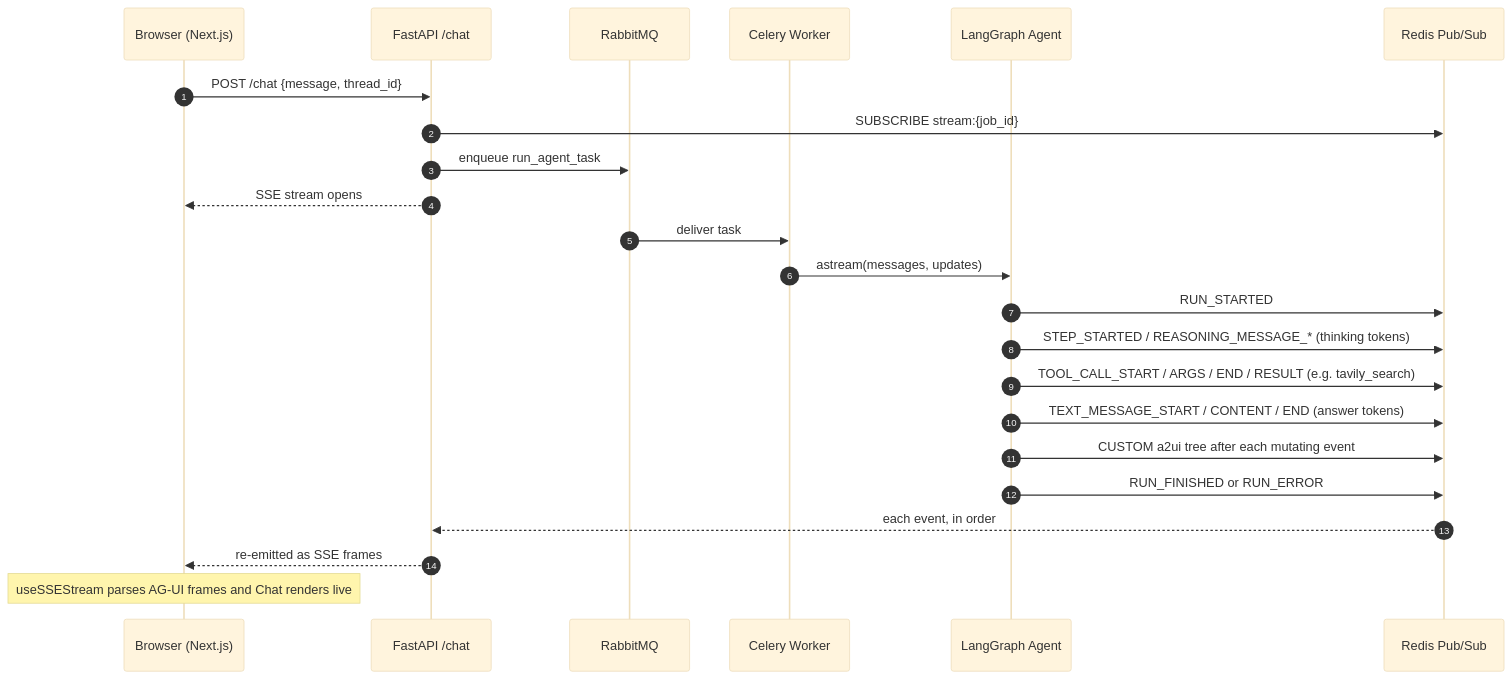
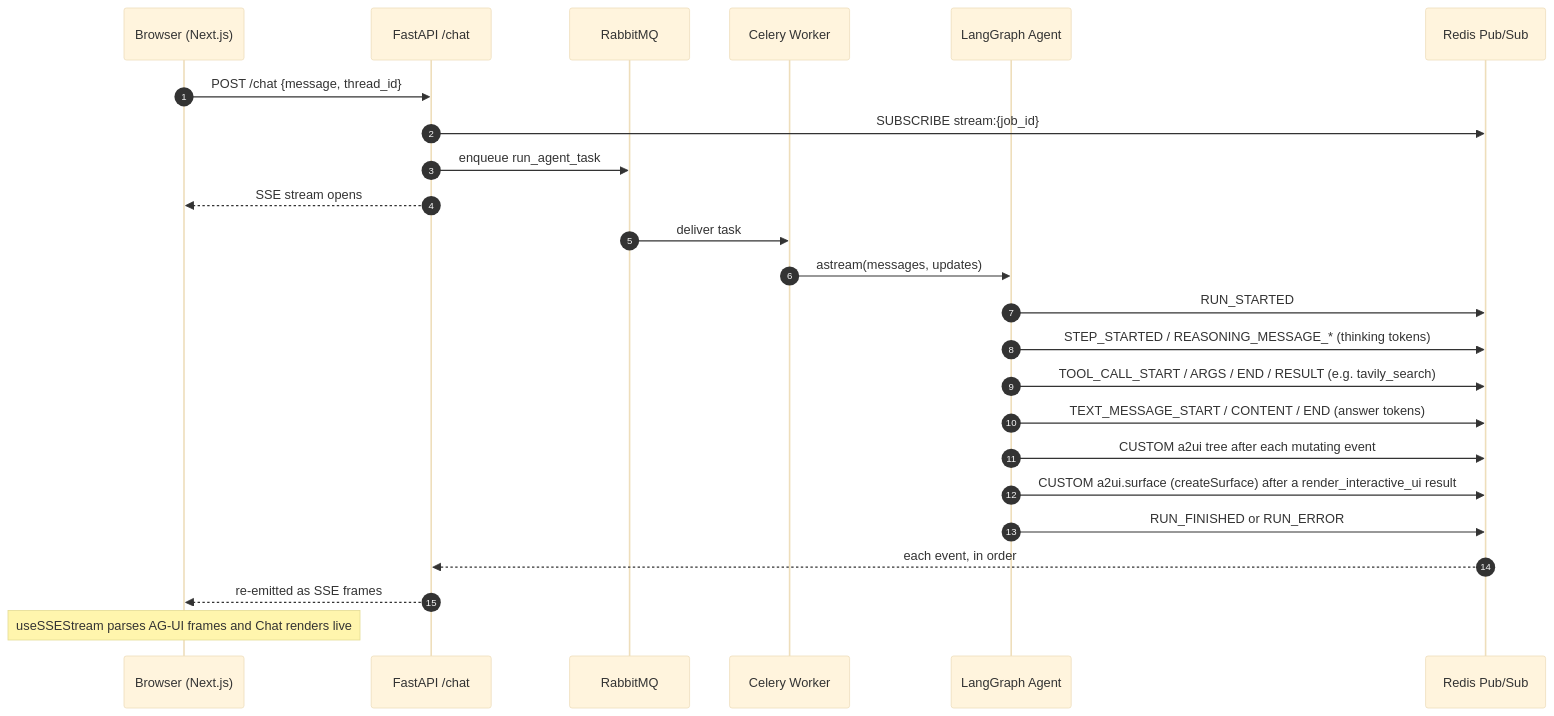
Before and after one commit to tituslhy/fictional-bassoon: the second of 2 diagrams in README.md, drawn with Mermaid (base theme). The commit also changed other lines of this file and 13 other files, not shown here.

First line of the commit message:
fix(a2ui): give the UI tool an explicit schema so the model renders valid surfaces

````diff
--- a/README.md
+++ b/README.md
@@ -199,26 +223,27 @@
 ```mermaid
 sequenceDiagram
     autonumber
     participant B as Browser (Next.js)
     participant F as FastAPI /chat
     participant Q as RabbitMQ
     participant W as Celery Worker
     participant A as LangGraph Agent
     participant R as Redis Pub/Sub
 
     B->>F: POST /chat {message, thread_id}
     F->>R: SUBSCRIBE stream:{job_id}
     F->>Q: enqueue run_agent_task
     F-->>B: SSE stream opens
     Q->>W: deliver task
     W->>A: astream(messages, updates)
     A->>R: RUN_STARTED
     A->>R: STEP_STARTED / REASONING_MESSAGE_* (thinking tokens)
     A->>R: TOOL_CALL_START / ARGS / END / RESULT (e.g. tavily_search)
     A->>R: TEXT_MESSAGE_START / CONTENT / END (answer tokens)
     A->>R: CUSTOM a2ui tree after each mutating event
+    A->>R: CUSTOM a2ui.surface (createSurface) after a render_interactive_ui result
     A->>R: RUN_FINISHED or RUN_ERROR
     R-->>F: each event, in order
     F-->>B: re-emitted as SSE frames
     Note over B: useSSEStream parses AG-UI frames and Chat renders live
 ```
````
